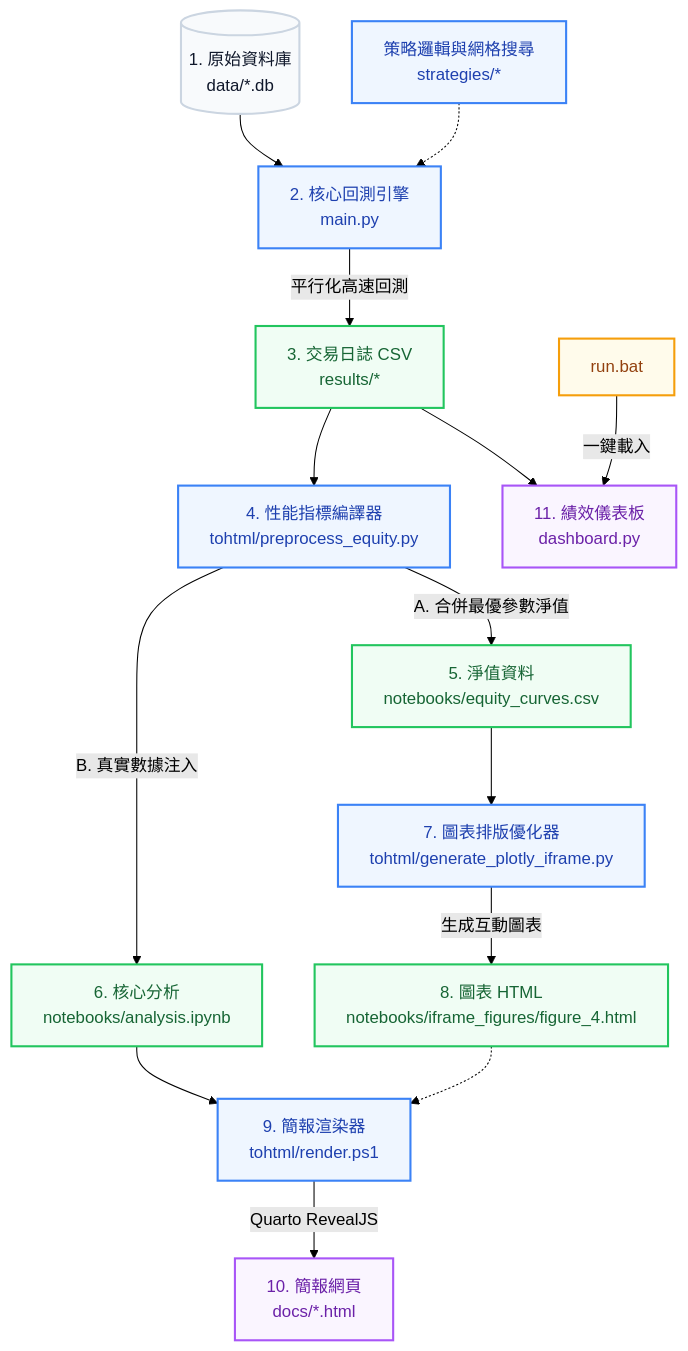
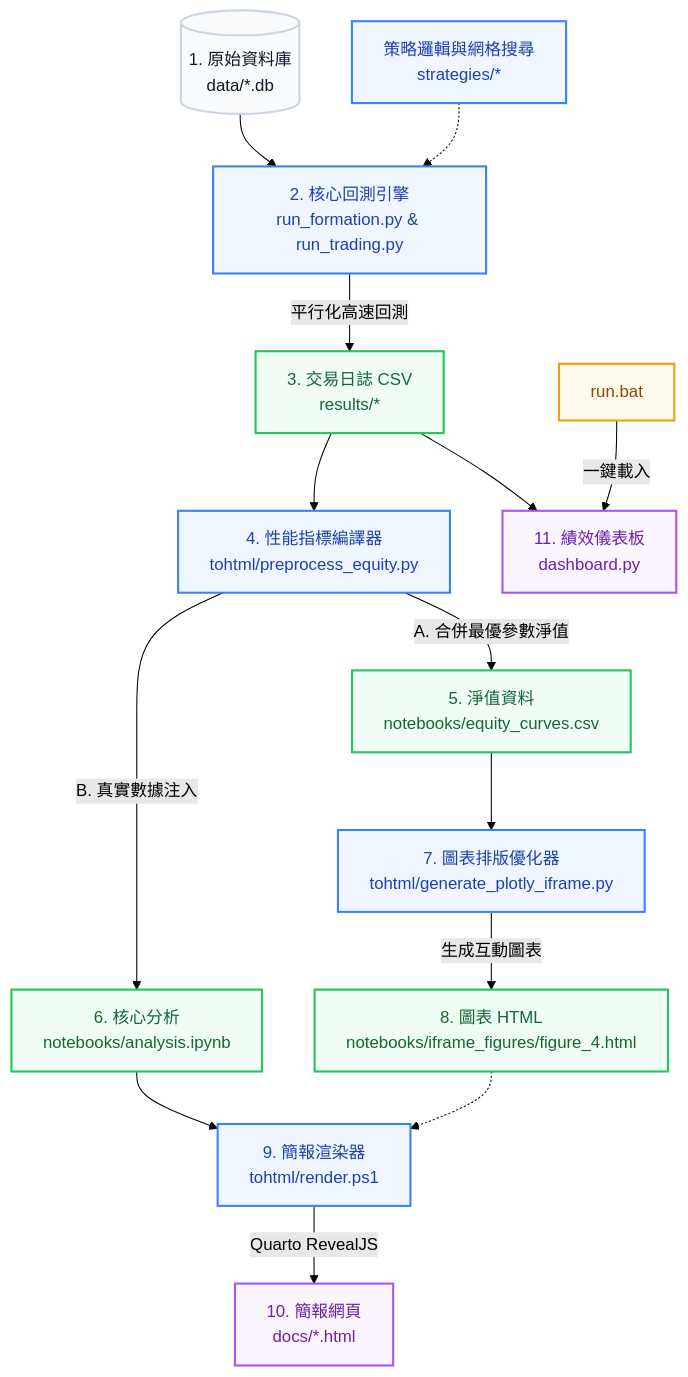
The diagram in PROJECT_GUIDE.md (LerajieAsta/pairtrade_trainingproject), drawn with Mermaid (forest theme) before and after one commit. The commit also changed other lines of this file and 33 other files, not shown here.

````diff
--- a/PROJECT_GUIDE.md
+++ b/PROJECT_GUIDE.md
@@ -62,29 +63,29 @@
 ```mermaid
 graph TD
     %% 節點定義與樣式
     classDef source fill:#f8fafc,stroke:#cbd5e1,stroke-width:2px,color:#0f172a;
     classDef engine fill:#eff6ff,stroke:#3b82f6,stroke-width:2px,color:#1e40af;
     classDef output fill:#f0fdf4,stroke:#22c55e,stroke-width:2px,color:#166534;
     classDef presentation fill:#faf5ff,stroke:#a855f7,stroke-width:2px,color:#6b21a8;
     classDef launcher fill:#fffbeb,stroke:#f59e0b,stroke-width:2px,color:#92400e;
 
-    Sub1[(1. 原始資料庫<br>data/*.db)]:::source --> Main[2. 核心回測引擎<br>main.py]:::engine
+    Sub1[(1. 原始資料庫<br>data/*.db)]:::source --> Main[2. 核心回測引擎<br>run_formation.py & run_trading.py]:::engine
     Sub2[策略邏輯與網格搜尋<br>strategies/*]:::engine -.-> Main
     
     Main -->|平行化高速回測| ResDir[3. 交易日誌 CSV<br>results/*]:::output
     
     ResDir --> Prep[4. 性能指標編譯器<br>tohtml/preprocess_equity.py]:::engine
     
     Prep -->|A. 合併最優參數淨值| EqCSV[5. 淨值資料<br>notebooks/equity_curves.csv]:::output
     Prep -->|B. 真實數據注入| NbAnal[6. 核心分析<br>notebooks/analysis.ipynb]:::output
     
     EqCSV --> PlotlyGen[7. 圖表排版優化器<br>tohtml/generate_plotly_iframe.py]:::engine
     PlotlyGen -->|生成互動圖表| FigHtml[8. 圖表 HTML<br>notebooks/iframe_figures/figure_4.html]:::output
     
     NbAnal --> Quarto[9. 簡報渲染器<br>tohtml/render.ps1]:::engine
     FigHtml -.-> Quarto
     Quarto -->|Quarto RevealJS| Docs[10. 簡報網頁<br>docs/*.html]:::presentation
     
     ResDir --> Streamlit[11. 績效儀表板<br>dashboard.py]:::presentation
     RunBat[run.bat]:::launcher -->|一鍵載入| Streamlit
 ```
````
